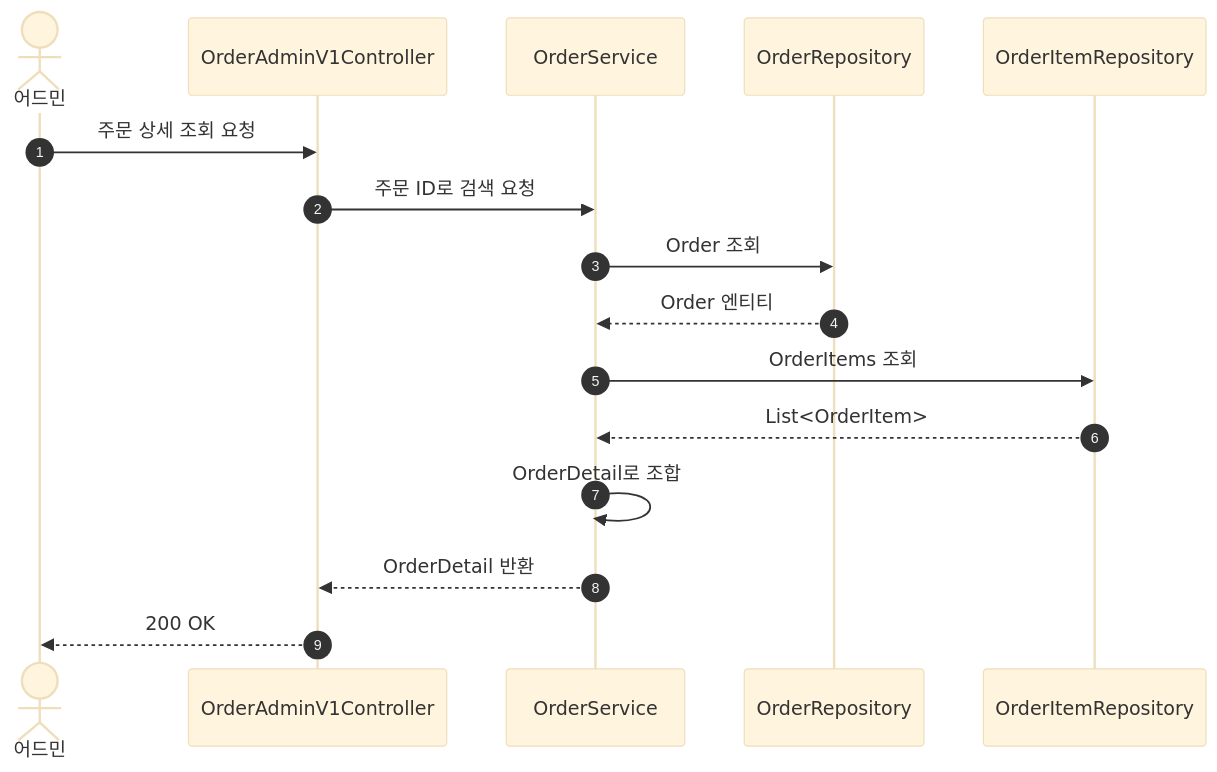
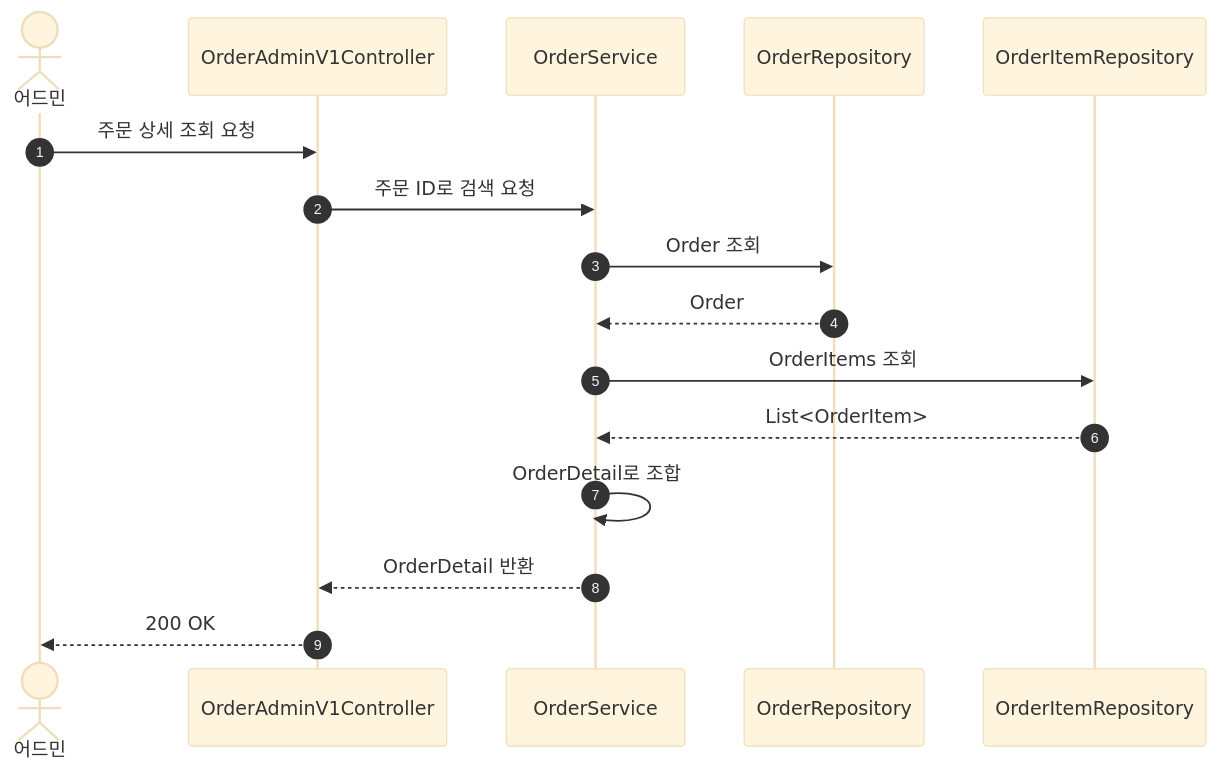
One commit to Loopers-dev-lab/loop-pack-be-l2-vol3-kotlin changed diagram 23 of 26 in docs/design/02-sequence-diagrams.md. Above: the diagram before and after it, drawn with Mermaid (base theme). The commit also changed other lines of this file and 6 other files, not shown here.

````diff
--- a/docs/design/02-sequence-diagrams.md
+++ b/docs/design/02-sequence-diagrams.md
@@ -679,18 +678,18 @@
 ```mermaid
 sequenceDiagram
     autonumber
     actor Admin as 어드민
     participant C as OrderAdminV1Controller
     participant OS as OrderService
     participant OR as OrderRepository
     participant OIR as OrderItemRepository
     Admin ->> C: 주문 상세 조회 요청
     C ->> OS: 주문 ID로 검색 요청
     OS ->> OR: Order 조회
-    OR -->> OS: Order 엔티티
+    OR -->> OS: Order
     OS ->> OIR: OrderItems 조회
     OIR -->> OS: List<OrderItem>
     OS ->> OS: OrderDetail로 조합
     OS -->> C: OrderDetail 반환
     C -->> Admin: 200 OK
 ```
````
